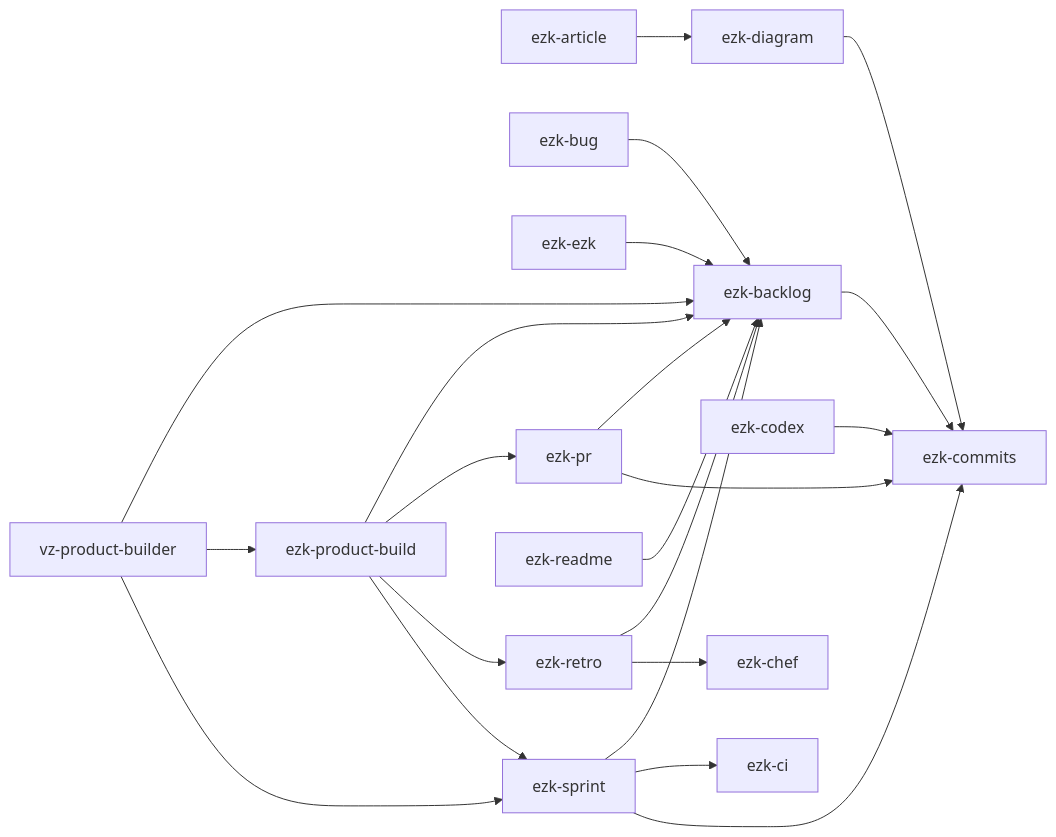
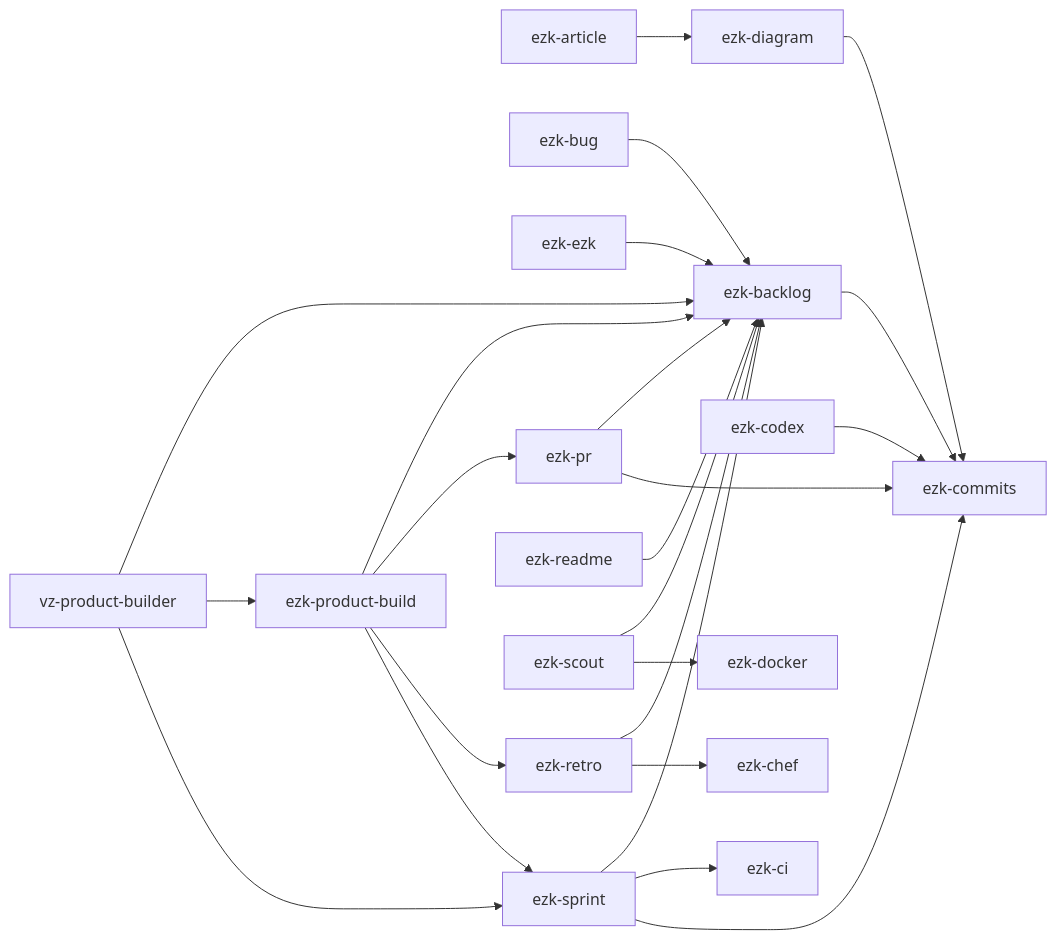
Before and after one commit to elzinko/vectorz: the diagram in products/mega-city/skills/README.md, drawn with Mermaid. The commit also changed other lines of this file and 18 other files, not shown here.

First line of the commit message:
feat(ezk-scout): chasse aux bugs en tâche de fond — skill, rapport de brouillons, garde find-only (20260910165637000)

````diff
--- a/products/mega-city/skills/README.md
+++ b/products/mega-city/skills/README.md
@@ -49,24 +50,26 @@
 ```mermaid
 flowchart LR
     ezk-article --> ezk-diagram
     ezk-backlog --> ezk-commits
     ezk-bug --> ezk-backlog
     ezk-codex --> ezk-commits
     ezk-diagram --> ezk-commits
     ezk-ezk --> ezk-backlog
     ezk-pr --> ezk-backlog
     ezk-pr --> ezk-commits
     ezk-product-build --> ezk-backlog
     ezk-product-build --> ezk-pr
     ezk-product-build --> ezk-retro
     ezk-product-build --> ezk-sprint
     ezk-readme --> ezk-backlog
     ezk-retro --> ezk-backlog
     ezk-retro --> ezk-chef
+    ezk-scout --> ezk-backlog
+    ezk-scout --> ezk-docker
     ezk-sprint --> ezk-backlog
     ezk-sprint --> ezk-ci
     ezk-sprint --> ezk-commits
     vz-product-builder --> ezk-backlog
     vz-product-builder --> ezk-product-build
     vz-product-builder --> ezk-sprint
 ```
````
